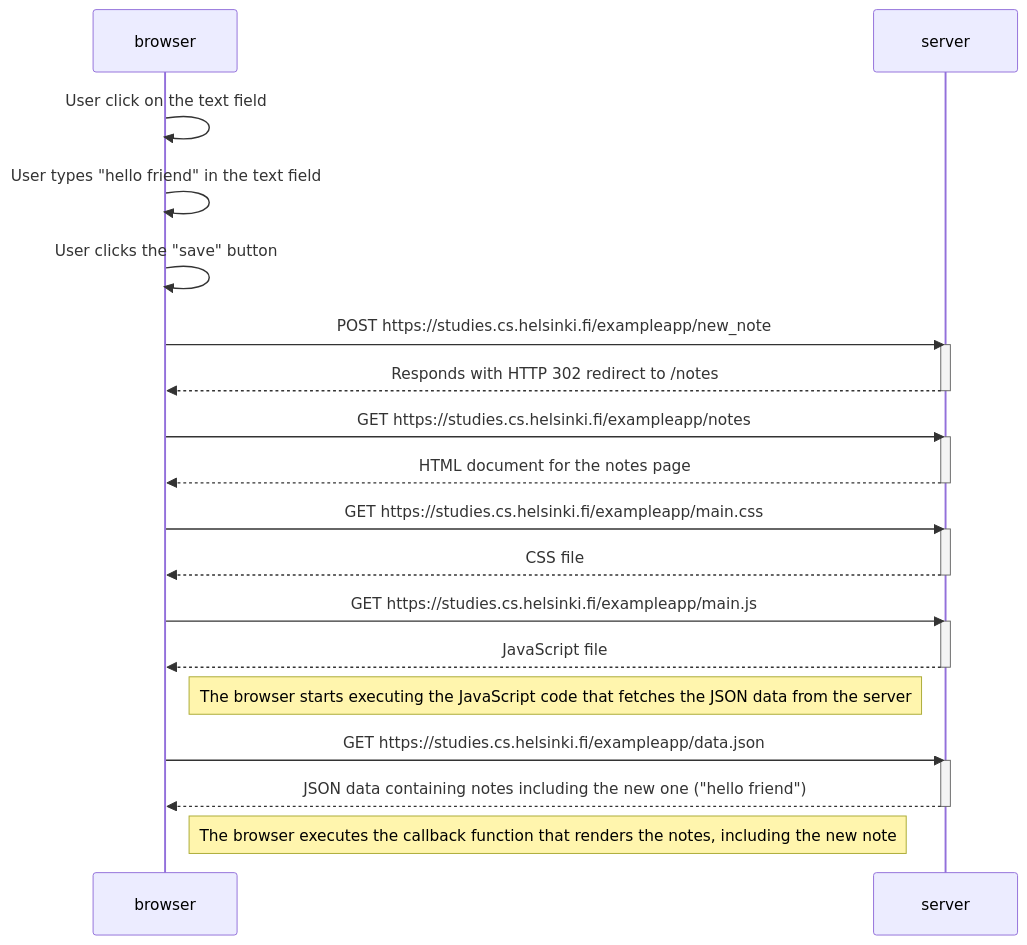
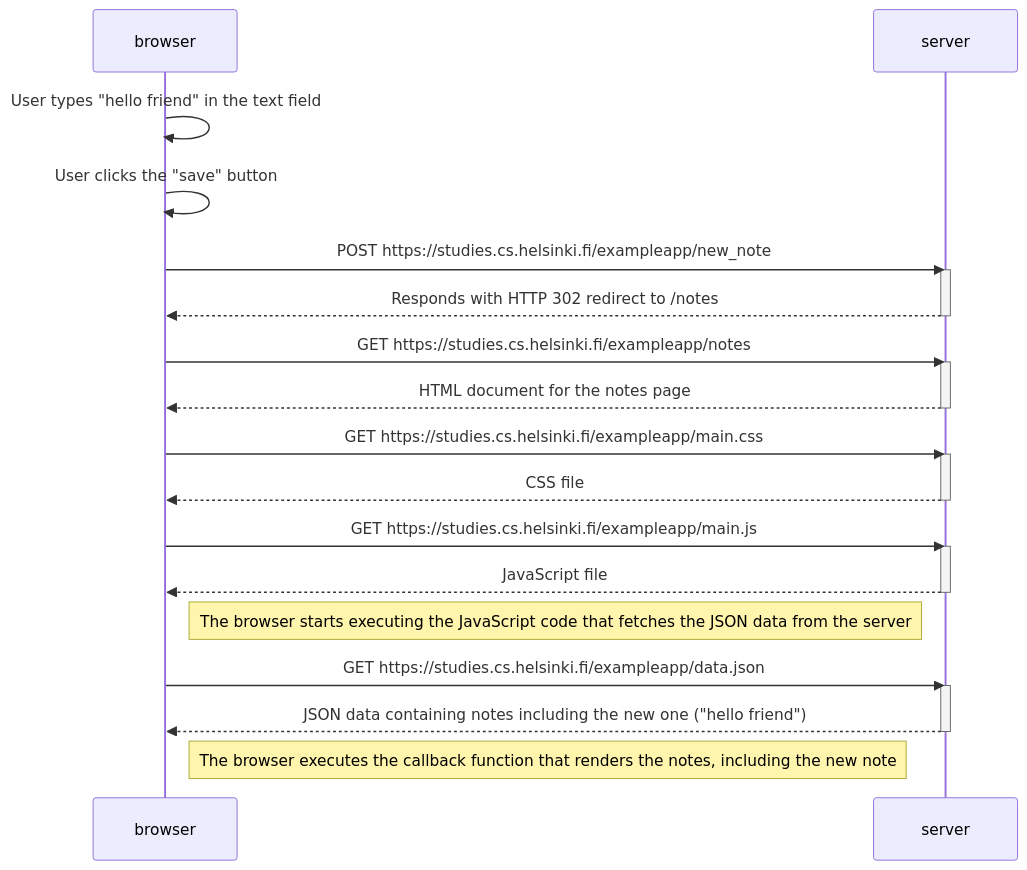
Before and after one commit to msma87/fullstackopen-helsinki: the first of 3 diagrams in part0/README.md, drawn with Mermaid. The commit also changed other lines of this file, not shown here.

````diff
--- a/part0/README.md
+++ b/part0/README.md
@@ -3,38 +2,37 @@
 ```mermaid
 sequenceDiagram
     participant browser
     participant server
 
-    browser->>browser: User click on the text field
     browser->>browser: User types "hello friend" in the text field
     browser->>browser: User clicks the "save" button
 
     browser->>server: POST https://studies.cs.helsinki.fi/exampleapp/new_note
     activate server
     server-->>browser: Responds with HTTP 302 redirect to /notes
     deactivate server
 
     browser->>server: GET https://studies.cs.helsinki.fi/exampleapp/notes
     activate server
     server-->>browser: HTML document for the notes page
     deactivate server
 
     browser->>server: GET https://studies.cs.helsinki.fi/exampleapp/main.css
     activate server
     server-->>browser: CSS file
     deactivate server
 
     browser->>server: GET https://studies.cs.helsinki.fi/exampleapp/main.js
     activate server
     server-->>browser: JavaScript file
     deactivate server
 
     Note right of browser: The browser starts executing the JavaScript code that fetches the JSON data from the server
 
     browser->>server: GET https://studies.cs.helsinki.fi/exampleapp/data.json
     activate server
     server-->>browser: JSON data containing notes including the new one ("hello friend")
     deactivate server
 
     Note right of browser: The browser executes the callback function that renders the notes, including the new note
 ```
````
